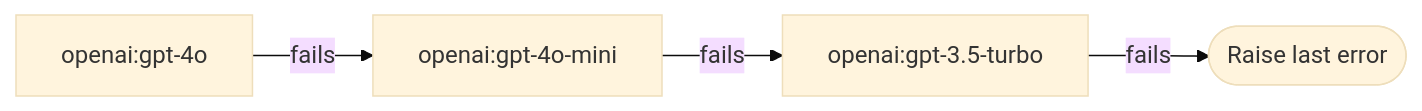
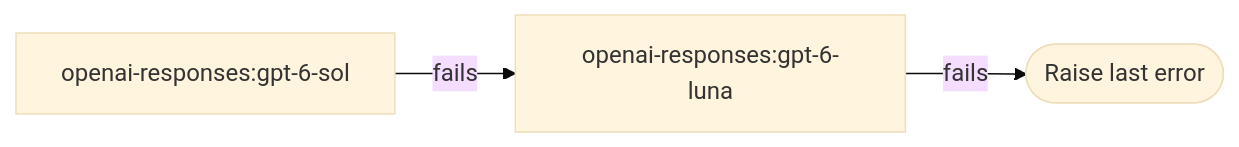
The fourth of 4 diagrams in docs/agents.md (fireflyframework/fireflyframework-agentic), drawn with Mermaid (base theme) before and after one commit. The commit also changed other lines of this file and 133 other files, not shown here.

````diff
--- a/docs/agents.md
+++ b/docs/agents.md
@@ -1041,6 +1194,5 @@
 ```mermaid
 flowchart LR
-    TRY1["openai:gpt-4o"] -->|fails| TRY2["openai:gpt-4o-mini"]
-    TRY2 -->|fails| TRY3["openai:gpt-3.5-turbo"]
-    TRY3 -->|fails| ERR([Raise last error])
+    TRY1["openai-responses:gpt-6-sol"] -->|fails| TRY2["openai-responses:gpt-6-luna"]
+    TRY2 -->|fails| ERR([Raise last error])
 ```
````
